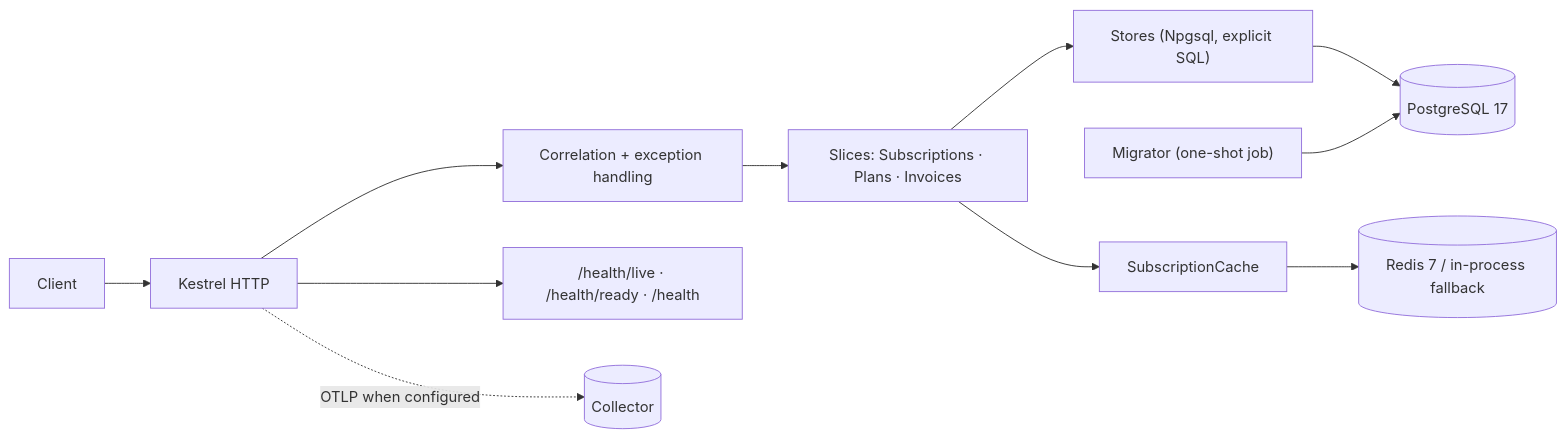
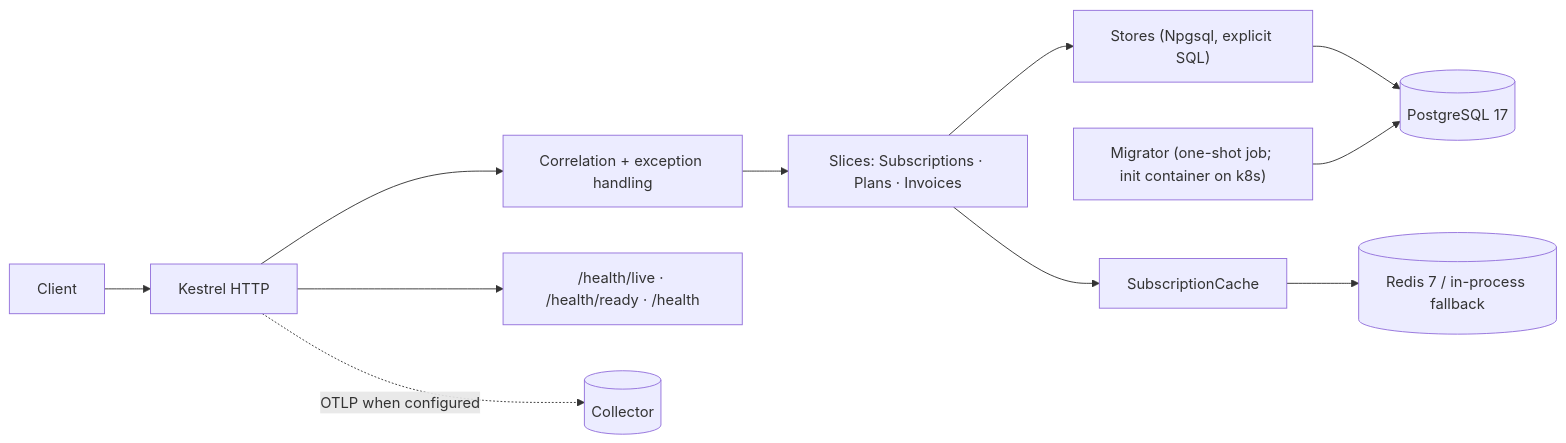
One commit to ta3n/VerticalSliceSubsDotNetAOT changed the first of 4 diagrams in README.md. Above: the diagram before and after it, drawn with Mermaid. The commit also changed other lines of this file and 2 other files, not shown here.

````diff
--- a/README.md
+++ b/README.md
@@ -10,13 +14,13 @@
 ```mermaid
 flowchart LR
   C[Client] --> K[Kestrel HTTP]
   K --> M[Correlation + exception handling]
   M --> S["Slices: Subscriptions · Plans · Invoices"]
   S --> ST["Stores (Npgsql, explicit SQL)"]
   S --> CA[SubscriptionCache]
   ST --> PG[(PostgreSQL 17)]
   CA --> R[(Redis 7 / in-process fallback)]
-  MG["Migrator (one-shot job)"] --> PG
+  MG["Migrator (one-shot job; init container on k8s)"] --> PG
   K --> H["/health/live · /health/ready · /health"]
   K -.OTLP when configured.-> OT[(Collector)]
 ```
````
